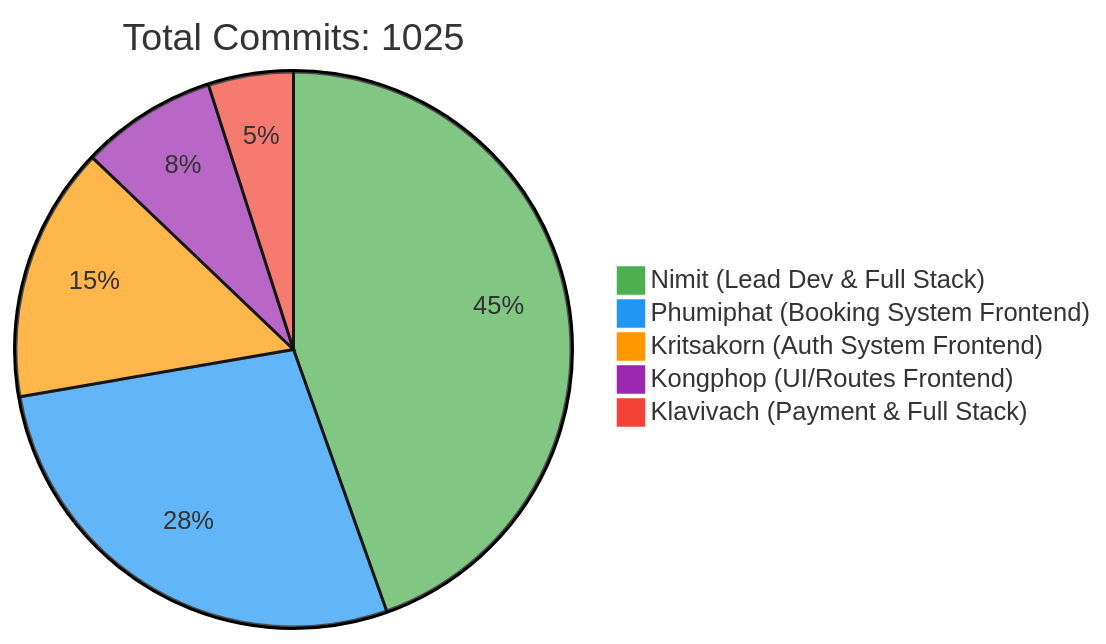
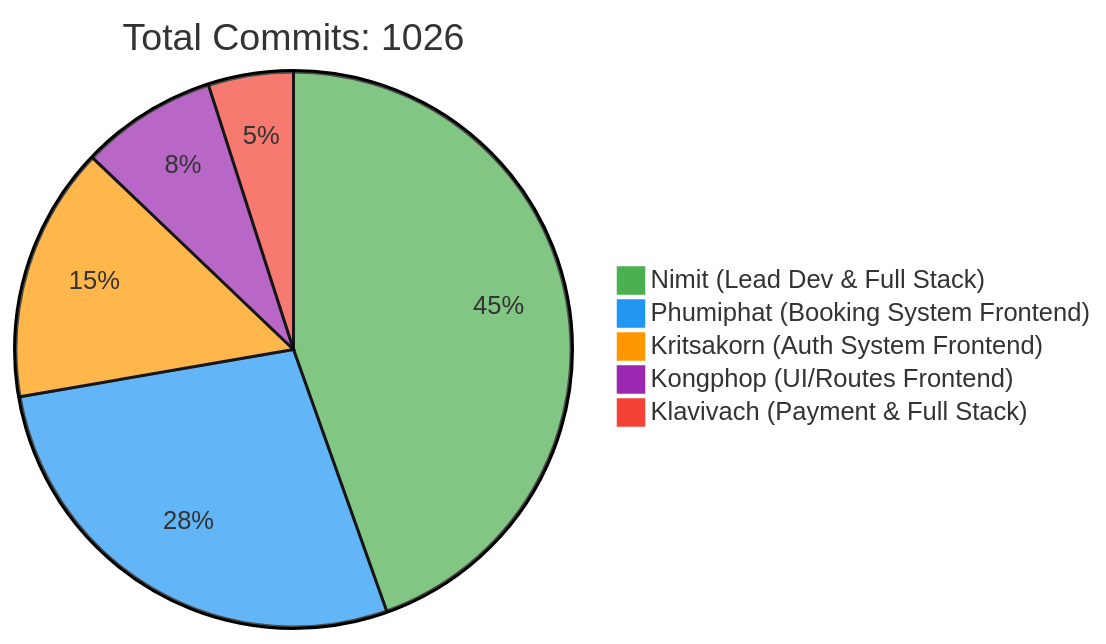
One commit to 6531503042/Sport-Complex changed the first of 2 diagrams in README.md. Above: the diagram before and after it, drawn with Mermaid. The commit also changed other lines of this file, not shown here.

Commit message:
docs: Update contributor statistics [skip ci]

````diff
--- a/README.md
+++ b/README.md
@@ -240,10 +240,10 @@
 ```mermaid
 %%{init: {'theme': 'base', 'themeVariables': { 'pie1': '#4CAF50', 'pie2': '#2196F3', 'pie3': '#FF9800', 'pie4': '#9C27B0', 'pie5': '#F44336'}}}%%
 pie
-    title Total Commits: 1025
+    title Total Commits: 1026
     "Nimit (Lead Dev & Full Stack)" : 450
     "Phumiphat (Booking System Frontend)" : 280
     "Kritsakorn (Auth System Frontend)" : 150
     "Kongphop (UI/Routes Frontend)" : 80
     "Klavivach (Payment & Full Stack)" : 50
 ```
````
